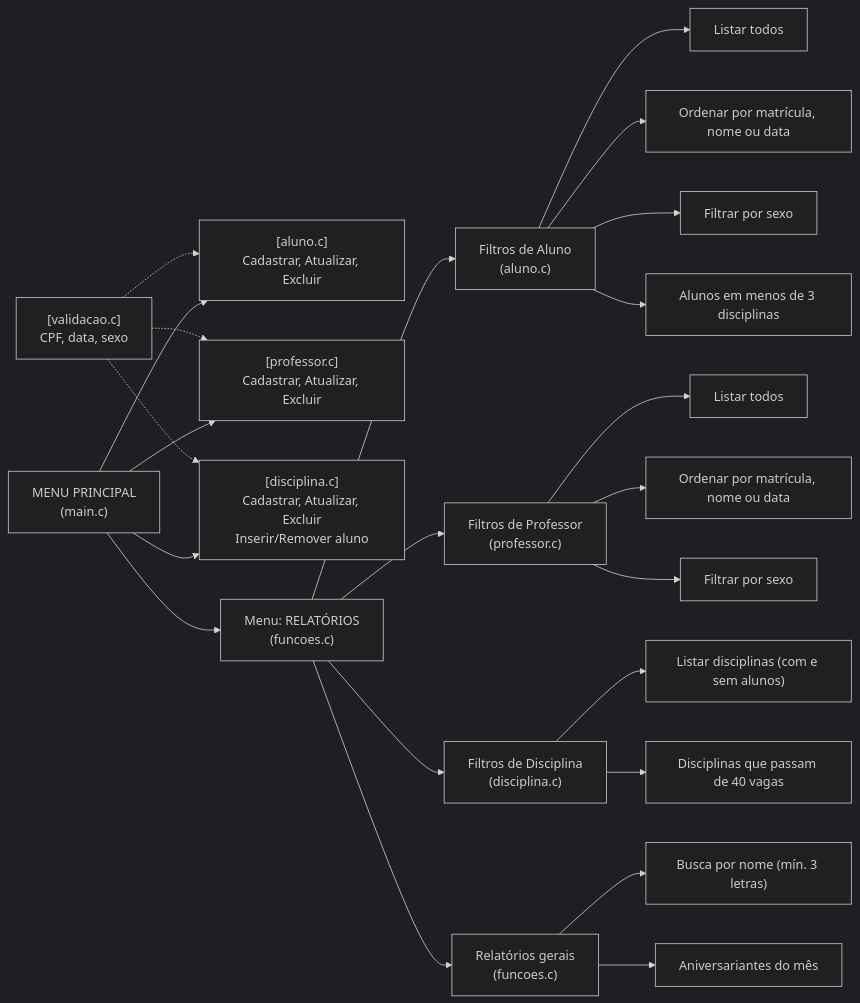
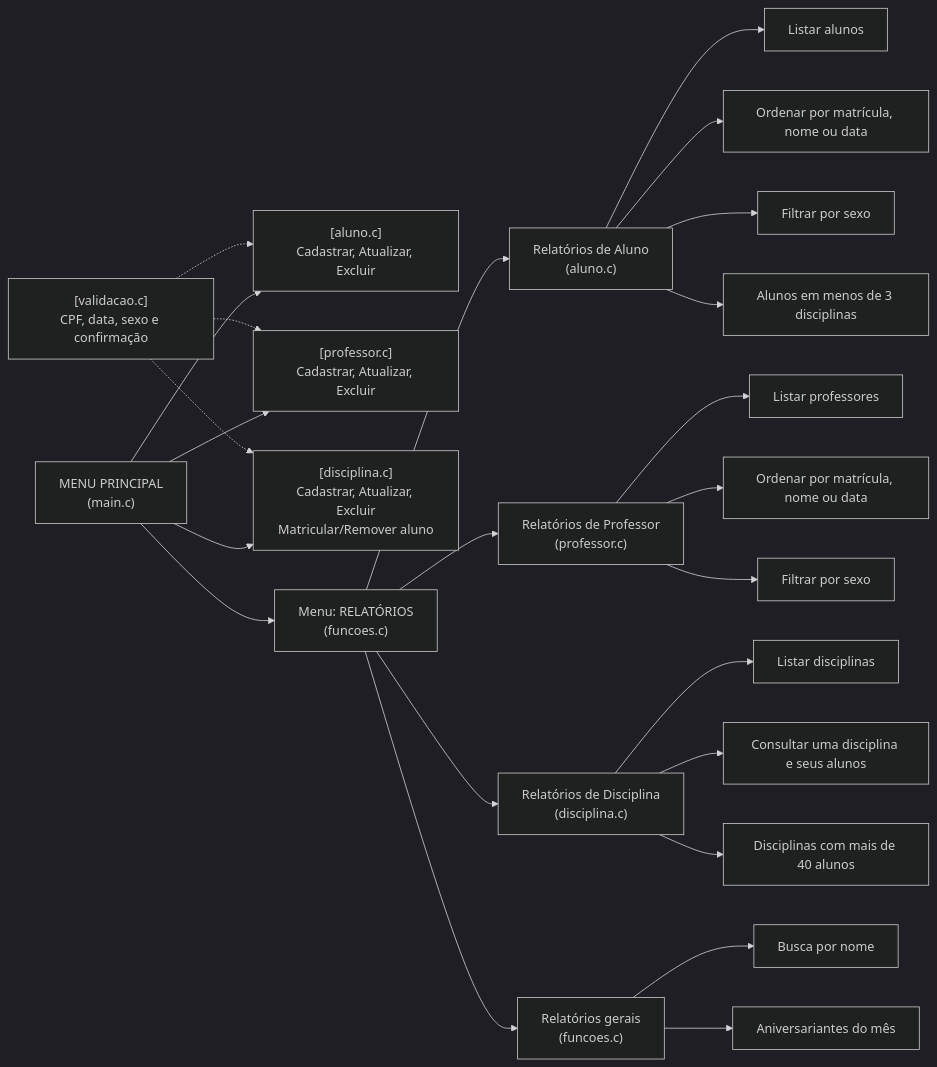
The diagram in README.md (euvitorcarvalho/projetoescola), drawn with Mermaid (dark theme) before and after one commit. The commit also changed other lines of this file and 1 other file, not shown here.

````diff
--- a/README.md
+++ b/README.md
@@ -38,34 +98,37 @@
 ```mermaid
 flowchart LR
+
     MAIN["MENU PRINCIPAL<br/>(main.c)"]
- 
+
     MAIN --> A_CRUD["[aluno.c]<br/>Cadastrar, Atualizar, Excluir"]
     MAIN --> P_CRUD["[professor.c]<br/>Cadastrar, Atualizar, Excluir"]
-    MAIN --> D_CRUD["[disciplina.c]<br/>Cadastrar, Atualizar, Excluir<br/>Inserir/Remover aluno"]
+    MAIN --> D_CRUD["[disciplina.c]<br/>Cadastrar, Atualizar, Excluir<br/>Matricular/Remover aluno"]
     MAIN --> REL["Menu: RELATÓRIOS<br/>(funcoes.c)"]
- 
-    REL --> A_FIL["Filtros de Aluno<br/>(aluno.c)"]
-    REL --> P_FIL["Filtros de Professor<br/>(professor.c)"]
-    REL --> D_FIL["Filtros de Disciplina<br/>(disciplina.c)"]
+
+    REL --> A_FIL["Relatórios de Aluno<br/>(aluno.c)"]
+    REL --> P_FIL["Relatórios de Professor<br/>(professor.c)"]
+    REL --> D_FIL["Relatórios de Disciplina<br/>(disciplina.c)"]
     REL --> G_FIL["Relatórios gerais<br/>(funcoes.c)"]
- 
-    A_FIL --> A1["Listar todos"]
+
+    A_FIL --> A1["Listar alunos"]
     A_FIL --> A2["Ordenar por matrícula, nome ou data"]
     A_FIL --> A3["Filtrar por sexo"]
     A_FIL --> A4["Alunos em menos de 3 disciplinas"]
- 
-    P_FIL --> P1["Listar todos"]
+
+    P_FIL --> P1["Listar professores"]
     P_FIL --> P2["Ordenar por matrícula, nome ou data"]
     P_FIL --> P3["Filtrar por sexo"]
- 
-    D_FIL --> D1["Listar disciplinas (com e sem alunos)"]
-    D_FIL --> D2["Disciplinas que passam de 40 vagas"]
- 
-    G_FIL --> G1["Busca por nome (mín. 3 letras)"]
+
+    D_FIL --> D1["Listar disciplinas"]
+    D_FIL --> D2["Consultar uma disciplina e seus alunos"]
+    D_FIL --> D3["Disciplinas com mais de 40 alunos"]
+
+    G_FIL --> G1["Busca por nome"]
     G_FIL --> G2["Aniversariantes do mês"]
- 
-    VAL["[validacao.c]<br/>CPF, data, sexo"]
+
+    VAL["[validacao.c]<br/>CPF, data, sexo e confirmação"]
+
     VAL -.-> A_CRUD
     VAL -.-> P_CRUD
     VAL -.-> D_CRUD
 ```
````
